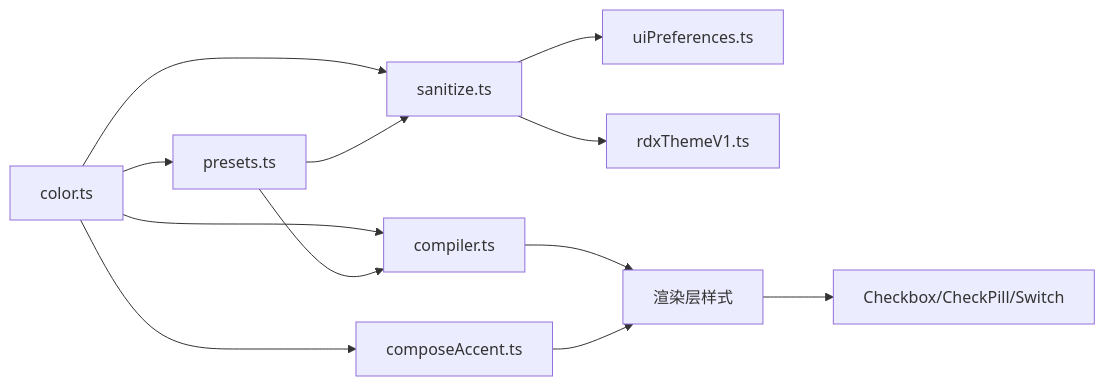
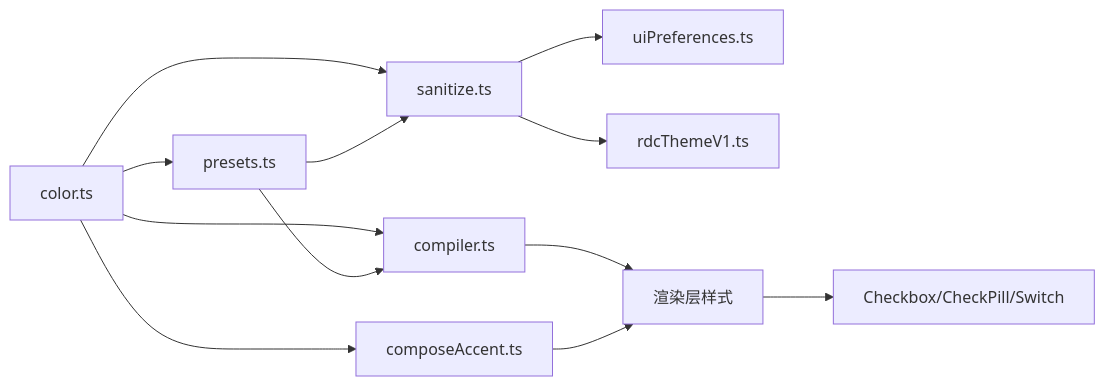
The sixth of 6 diagrams in .qoder/repowiki/zh/content/架构设计/渲染器架构/UI 特性/主题系统.md (haolange/RDC-Agent), drawn with Mermaid before and after one commit. The commit also changed other lines of this file and 557 other files, not shown here.

````diff
--- a/.qoder/repowiki/zh/content/架构设计/渲染器架构/UI 特性/主题系统.md
+++ b/.qoder/repowiki/zh/content/架构设计/渲染器架构/UI 特性/主题系统.md
@@ -382,14 +382,14 @@
 ```mermaid
 graph LR
 Color["color.ts"] --> Presets["presets.ts"]
 Color --> Sanitize["sanitize.ts"]
 Color --> Compiler["compiler.ts"]
 Color --> Compose["composeAccent.ts"]
 Presets --> Sanitize
 Presets --> Compiler
 Sanitize --> UiPrefs["uiPreferences.ts"]
-Sanitize --> RdxV1["rdxThemeV1.ts"]
+Sanitize --> RdcV1["rdcThemeV1.ts"]
 Compiler --> Renderer["渲染层样式"]
 Compose --> Renderer
 Renderer --> Components["Checkbox/CheckPill/Switch"]
 ```
````
